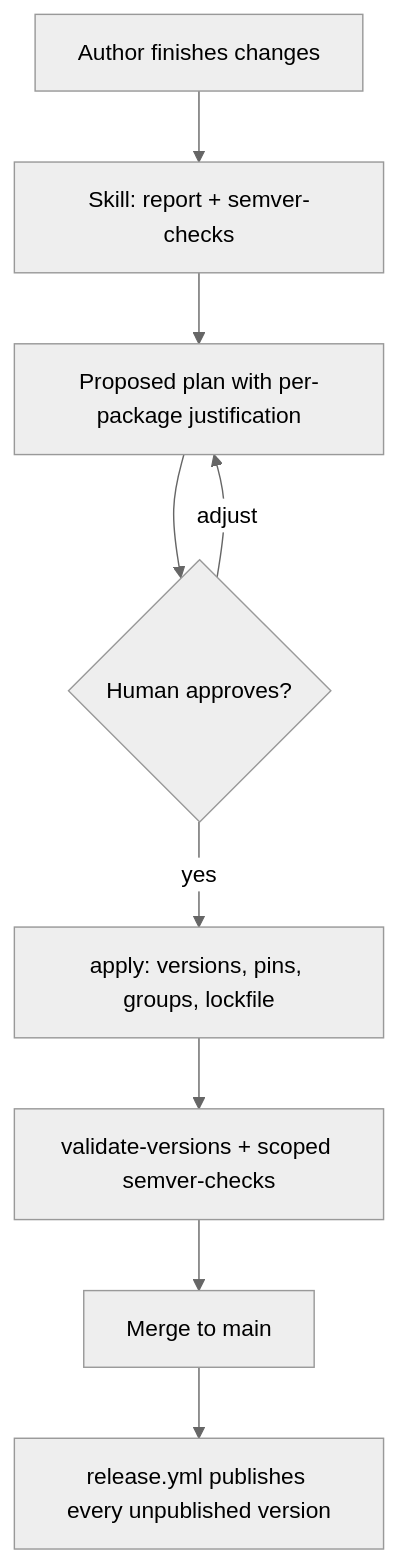
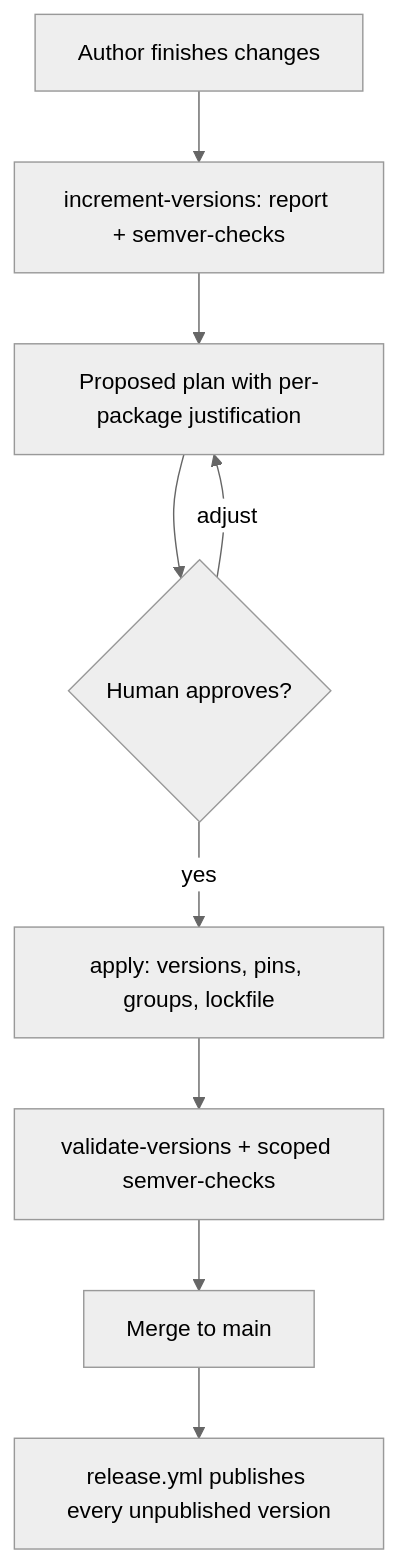
One commit to folo-rs/folo changed the diagram in docs/release-versioning.md. Above: the diagram before and after it, drawn with Mermaid (neutral theme). The commit also changed other lines of this file, not shown here.

First line of the commit message:
docs: name the versioning skill and size the publish retry budget

````diff
--- a/docs/release-versioning.md
+++ b/docs/release-versioning.md
@@ -411,11 +423,11 @@
 ```mermaid
 flowchart TD
-    A["Author finishes changes"] --> B["Skill: report + semver-checks"]
+    A["Author finishes changes"] --> B["increment-versions: report + semver-checks"]
     B --> C["Proposed plan with per-package justification"]
     C --> D{"Human approves?"}
     D -- adjust --> C
     D -- yes --> E["apply: versions, pins, groups, lockfile"]
     E --> F["validate-versions + scoped semver-checks"]
     F --> G["Merge to main"]
     G --> H["release.yml publishes every unpublished version"]
 ```
````
